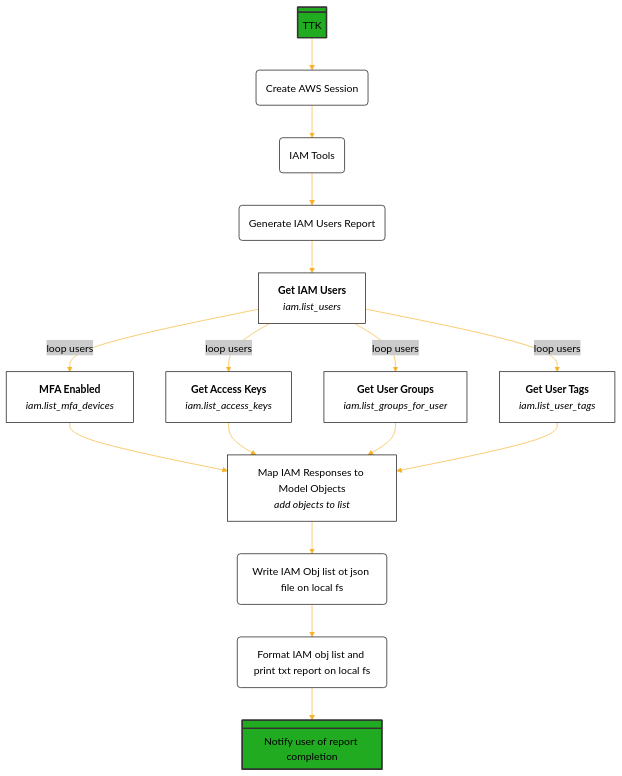
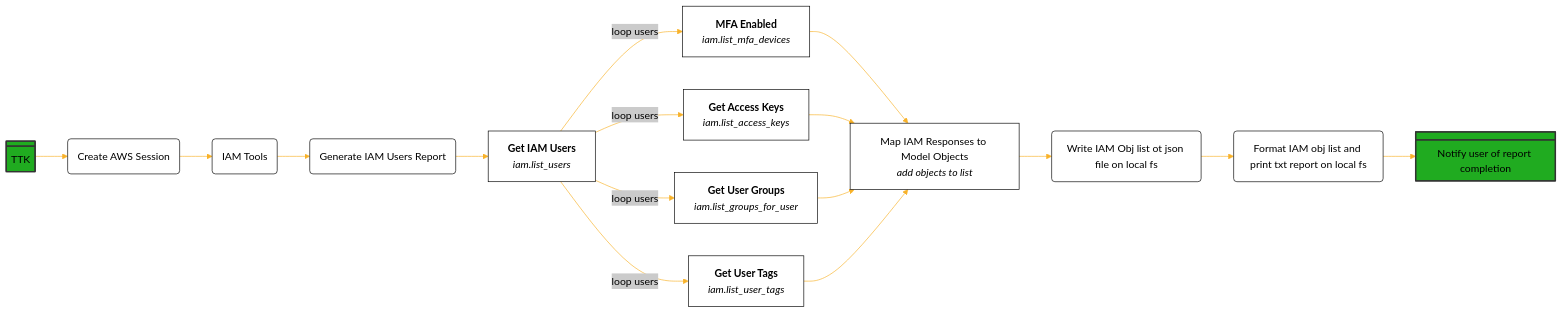
One commit to ssailor/aws-tinkerer-toolkit changed the fourth of 6 diagrams in README.md. Above: the diagram before and after it, drawn with Mermaid. The commit also changed other lines of this file, not shown here.

Commit message:
Making all mermaid charts LR

````diff
--- a/README.md
+++ b/README.md
@@ -272,58 +272,58 @@
 ```mermaid
 ---
 config:
   theme: 'base'
   themeVariables:
     primaryColor: '#FFFFFF'
     primaryTextColor: '#000000'
     primaryBorderColor: '#000000'
     lineColor: '#F8B229'
     secondaryColor: '#FFFFFF'
     tertiaryColor: '#FFFFFF'
     edgeLabelBackground: '#CBCBCB'
 ---
-flowchart
+flowchart LR
         %% Define Objects
         start@{ shape: div-rect, label: "TTK" }
         id1(Create AWS Session)
         id2(IAM Tools)
         id3(Generate IAM Users Report)
 
         id4["`**Get IAM Users**
         _iam.list_users_`"]
 
         id5["`**MFA Enabled**
         _iam.list_mfa_devices_`"]
 
         id6["`**Get Access Keys**
         _iam.list_access_keys_`"]
 
         id7["`**Get User Groups**
         _iam.list_groups_for_user_`"]
 
         id8["`**Get User Tags**
         _iam.list_user_tags_`"]
 
         id9["`Map IAM Responses to Model Objects
         _add objects to list_`"]
 
         id10(Write IAM Obj list ot json file on local fs)
         id11(Format IAM obj list and print txt report on local fs)
 
         exit["`Notify user of report completion`"]@{shape: div-rect}
 
         %% Connect Objects
         start --> id1
         id1 --> id2
         id2 --> id3
         id3 --> id4
         id4 -- loop users --> id5 & id6 & id7 & id8
         id5 & id6 & id7 & id8 --> id9
         id9 --> id10
         id10 --> id11
         id11 --> exit
 
         %% Define Override styles
         classDef green fill:#20ab20ff,stroke:#333,stroke-width:2px;
         class start,exit green
 ```
````
